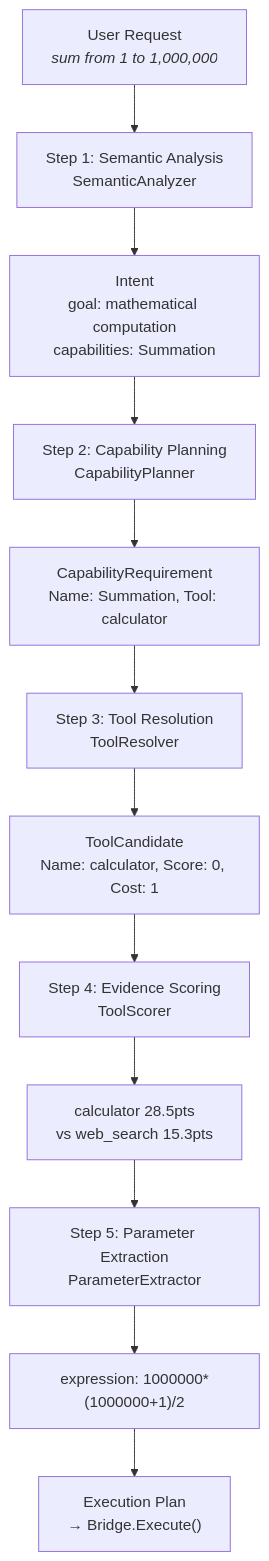
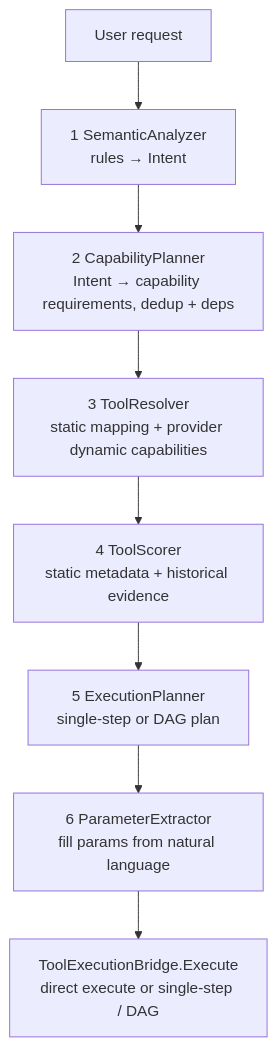
One commit to Timwood0x10/myblog changed the third of 4 diagrams in content/log/ARES/05-tool-system-deep-dive.md. Above: the diagram before and after it, drawn with Mermaid. The commit also changed other lines of this file and 33 other files, not shown here.

````diff
--- a/content/log/ARES/05-tool-system-deep-dive.md
+++ b/content/log/ARES/05-tool-system-deep-dive.md
@@ -223,15 +324,11 @@
 ```mermaid
-flowchart TD
-    U["User Request<br/><i>sum from 1 to 1,000,000</i>"] --> S1
-    S1["Step 1: Semantic Analysis<br/>SemanticAnalyzer"] --> S1O["Intent<br/>goal: mathematical computation<br/>capabilities: Summation"]
-    S1O --> S2
-    S2["Step 2: Capability Planning<br/>CapabilityPlanner"] --> S2O["CapabilityRequirement<br/>Name: Summation, Tool: calculator"]
-    S2O --> S3
-    S3["Step 3: Tool Resolution<br/>ToolResolver"] --> S3O["ToolCandidate<br/>Name: calculator, Score: 0, Cost: 1"]
-    S3O --> S4
-    S4["Step 4: Evidence Scoring<br/>ToolScorer"] --> S4O["calculator 28.5pts<br/>vs web_search 15.3pts"]
-    S4O --> S5
-    S5["Step 5: Parameter Extraction<br/>ParameterExtractor"] --> S5O["expression: 1000000*(1000000+1)/2"]
-    S5O --> EP["Execution Plan<br/>→ Bridge.Execute()"]
-
+graph TD
+    REQ[User request]
+    REQ --> A[1 SemanticAnalyzer<br/>rules → Intent]
+    A --> CP[2 CapabilityPlanner<br/>Intent → capability requirements, dedup + deps]
+    CP --> R[3 ToolResolver<br/>static mapping + provider dynamic capabilities]
+    R --> S[4 ToolScorer<br/>static metadata + historical evidence]
+    S --> EP[5 ExecutionPlanner<br/>single-step or DAG plan]
+    EP --> PE[6 ParameterExtractor<br/>fill params from natural language]
+    PE --> BRIDGE[ToolExecutionBridge.Execute<br/>direct execute or single-step / DAG]
 ```
````
